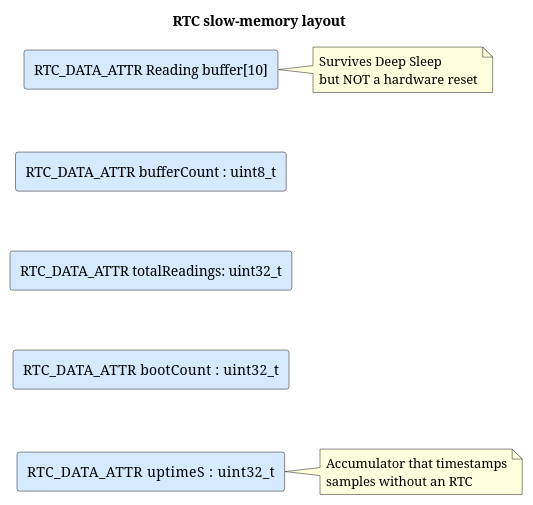
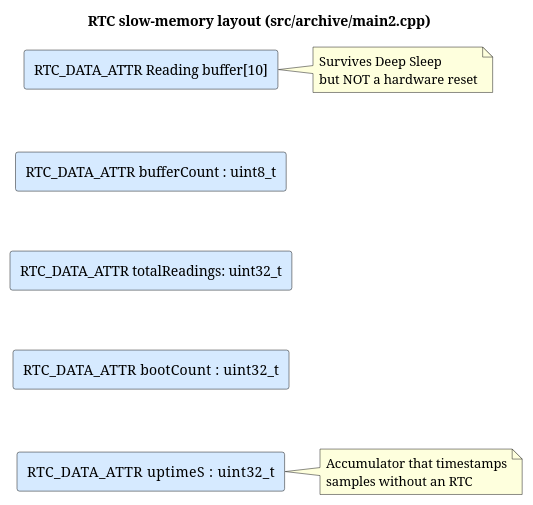
Before and after one commit to Ivek-rgb/RUS--Bencic: the fourth of 4 diagrams in lab2/inline_umlgraph_pnghtml.pu, drawn with PlantUML. The commit also changed other lines of this file and 56 other files, not shown here.

```diff
--- a/lab2/inline_umlgraph_pnghtml.pu
+++ b/lab2/inline_umlgraph_pnghtml.pu
@@ -69,17 +110,17 @@
-@startuml inline_umlgraph_3.png
-title RTC slow-memory layout
+@startuml inline_umlgraph_4.png
+title RTC slow-memory layout (src/archive/main2.cpp)
 
 rectangle "RTC_DATA_ATTR Reading buffer[10]" as Buf #d6eaff
 rectangle "RTC_DATA_ATTR bufferCount  : uint8_t"  as BC  #d6eaff
 rectangle "RTC_DATA_ATTR totalReadings: uint32_t" as TR  #d6eaff
 rectangle "RTC_DATA_ATTR bootCount    : uint32_t" as BoC #d6eaff
 rectangle "RTC_DATA_ATTR uptimeS      : uint32_t" as UpS #d6eaff
 
 Buf -[hidden]down-> BC
 BC  -[hidden]down-> TR
 TR  -[hidden]down-> BoC
 BoC -[hidden]down-> UpS
 
 note right of Buf : Survives Deep Sleep\nbut NOT a hardware reset
 note right of UpS : Accumulator that timestamps\nsamples without an RTC
 @enduml
```
